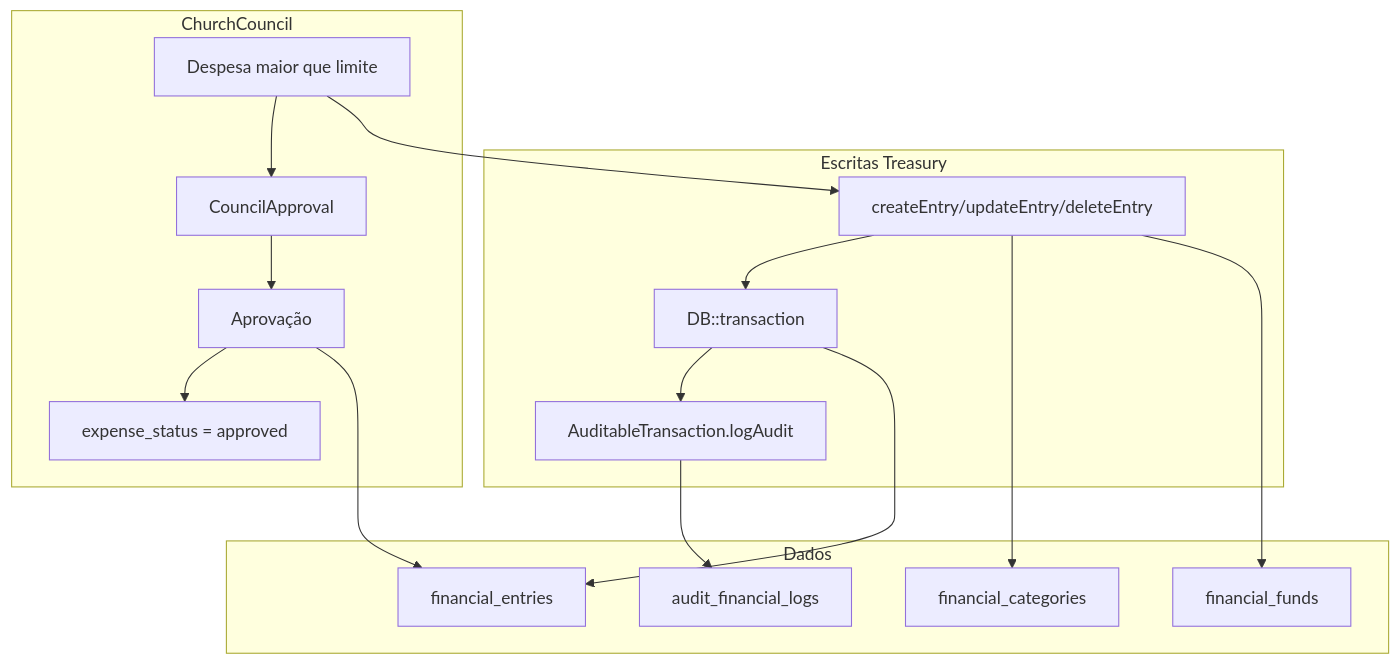
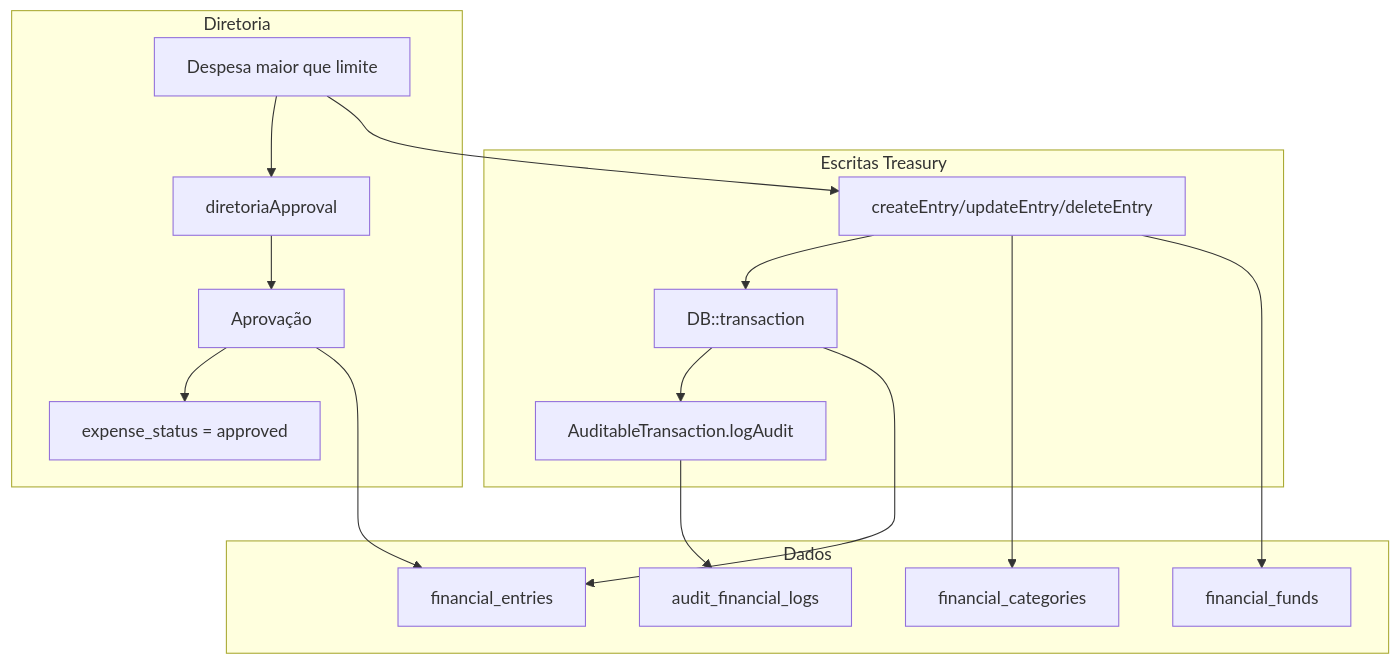
One commit to RabbitVisual/VS-JUBAF changed the diagram in Modules/Treasury/Treasury-CBAV2026-Baptist-Standard.md. Above: the diagram before and after it, drawn with Mermaid. The commit also changed other lines of this file and 295 other files, not shown here.

````diff
--- a/Modules/Treasury/Treasury-CBAV2026-Baptist-Standard.md
+++ b/Modules/Treasury/Treasury-CBAV2026-Baptist-Standard.md
@@ -144,31 +144,31 @@
 ```mermaid
 flowchart TB
   subgraph writes [Escritas Treasury]
     A[createEntry/updateEntry/deleteEntry]
     B[DB::transaction]
     C[AuditableTransaction.logAudit]
     A --> B
     B --> C
   end
-  subgraph approval [ChurchCouncil]
+  subgraph approval [Diretoria]
     D[Despesa maior que limite]
-    E[CouncilApproval]
+    E[diretoriaApproval]
     F[Aprovação]
     G[expense_status = approved]
     D --> E
     E --> F
     F --> G
   end
   subgraph data [Dados]
     H[financial_entries]
     I[financial_categories]
     J[financial_funds]
     K[audit_financial_logs]
   end
   B --> H
   A --> I
   A --> J
   C --> K
   D --> A
   F --> H
 ```
````
